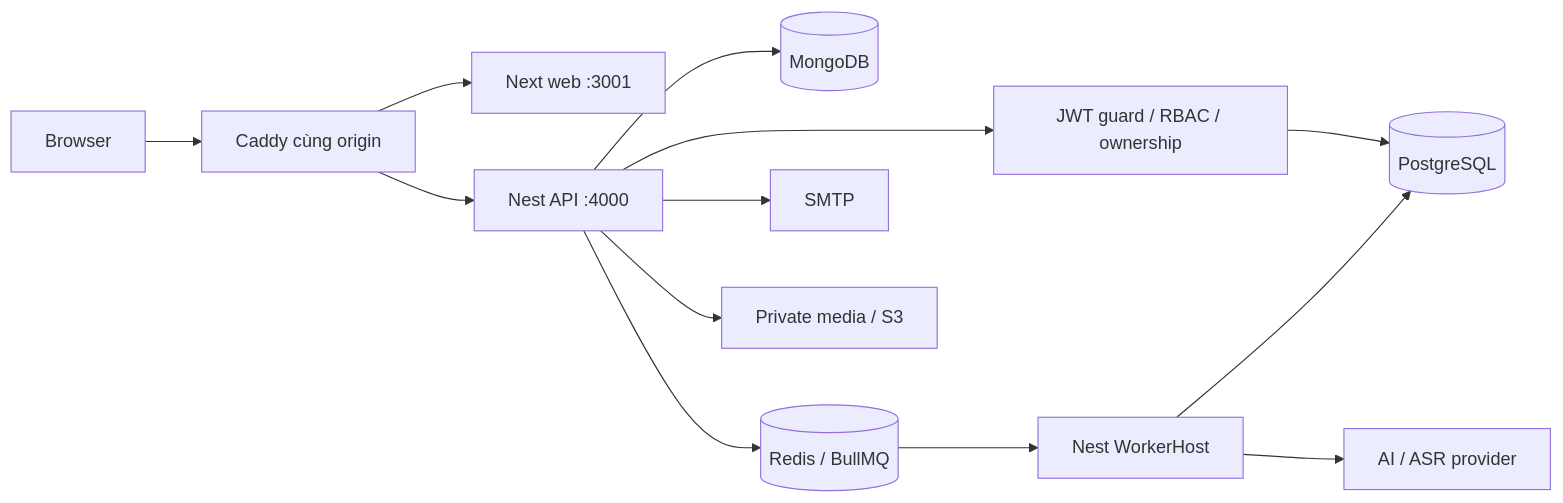
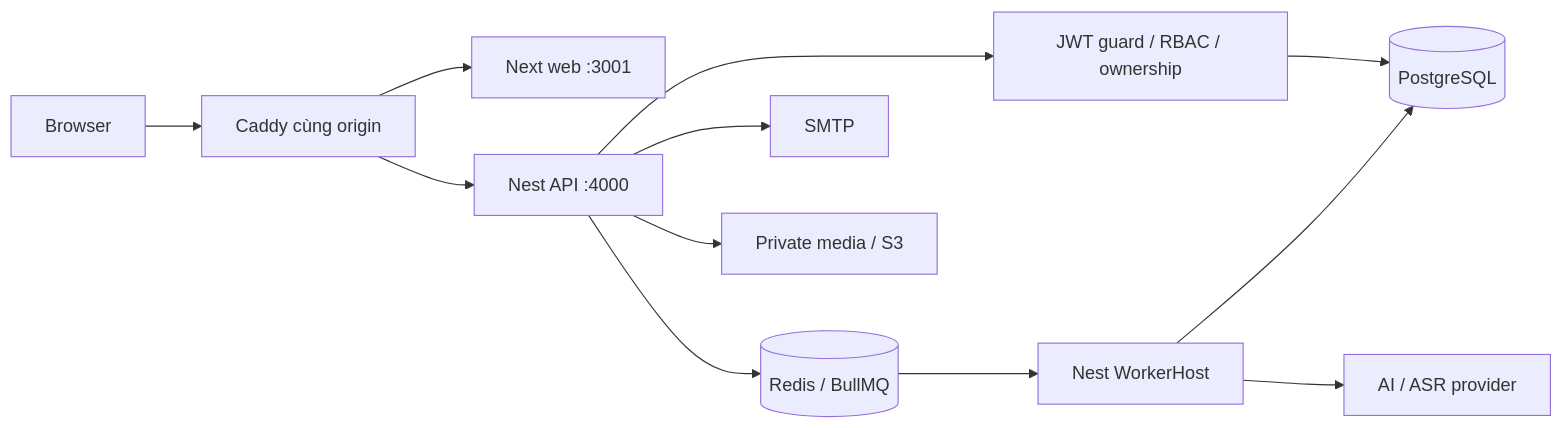
The diagram in documentation/shared/architecture.md (espresso23/everlang), drawn with Mermaid before and after one commit. The commit also changed other lines of this file and 118 other files, not shown here.

````diff
--- a/documentation/shared/architecture.md
+++ b/documentation/shared/architecture.md
@@ -13,15 +13,14 @@
 ```mermaid
 flowchart LR
  Browser --> Gateway[Caddy cùng origin]
  Gateway --> Web[Next web :3001]
  Gateway --> API[Nest API :4000]
  API --> Guard[JWT guard / RBAC / ownership]
  Guard --> PG[(PostgreSQL)]
- API --> Mongo[(MongoDB)]
  API --> Redis[(Redis / BullMQ)]
  Redis --> Worker[Nest WorkerHost]
  Worker --> PG
  Worker --> Provider[AI / ASR provider]
  API --> SMTP[SMTP]
  API --> Storage[Private media / S3]
 ```
````
